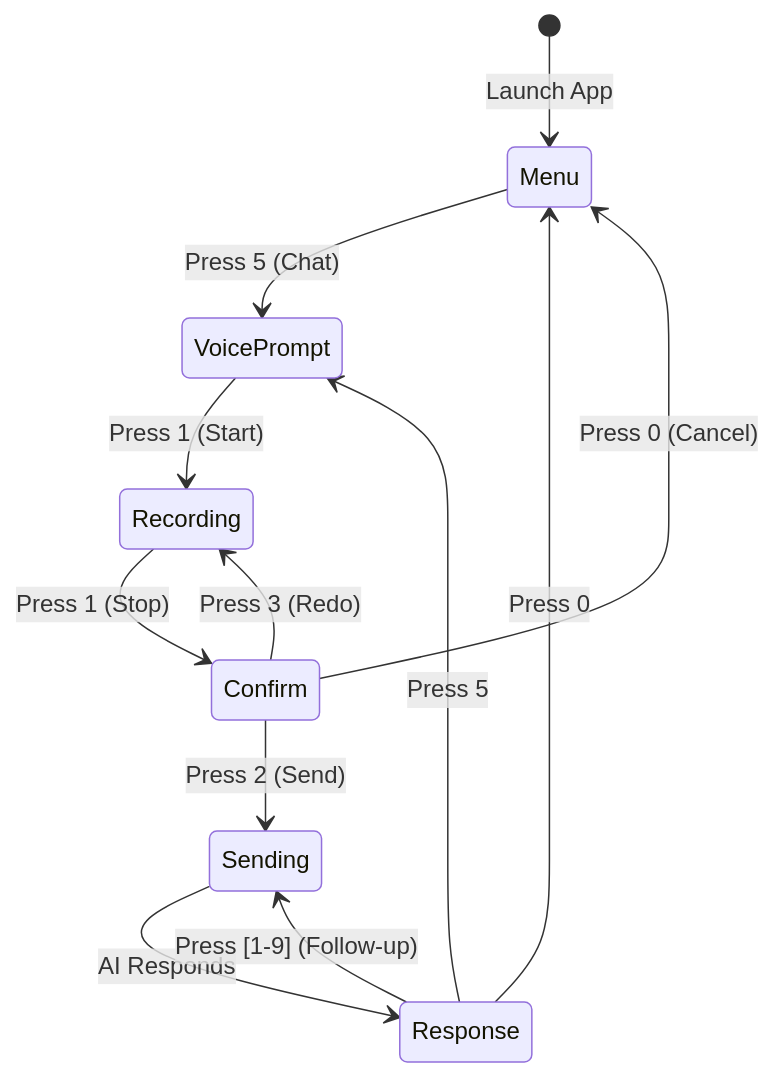
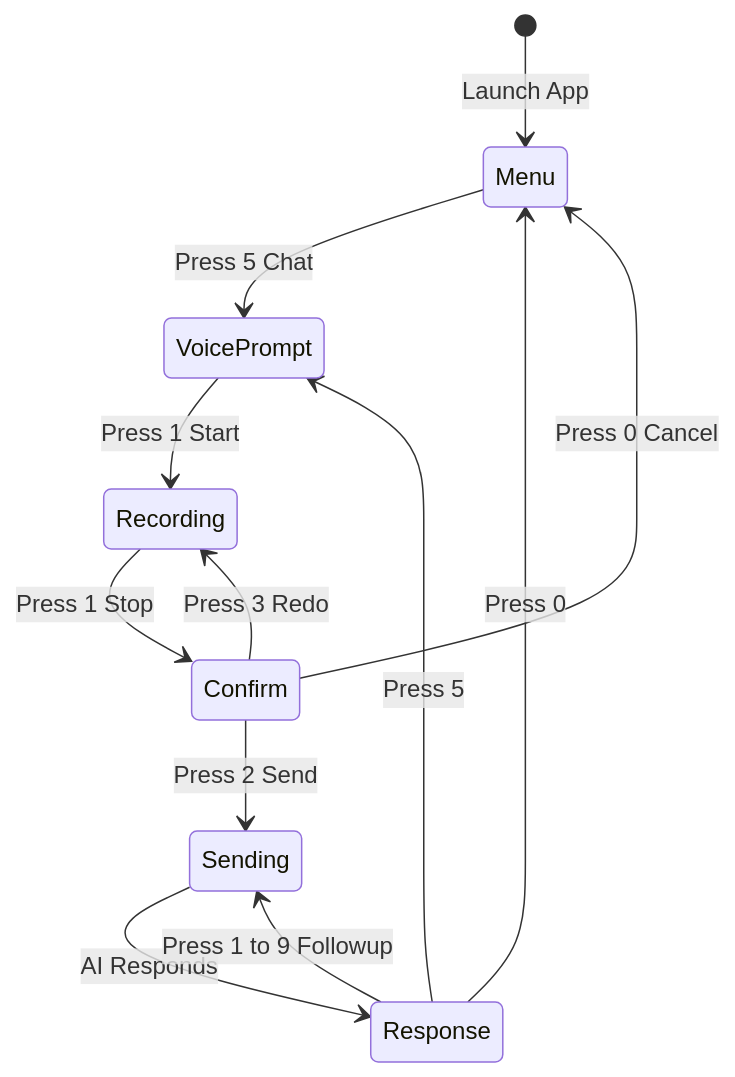
Before and after one commit to mordechaipotash/qinbot: the first of 5 diagrams in README.md, drawn with Mermaid. The commit also changed other lines of this file, not shown here.

First line of the commit message:
fix: Mermaid diagram syntax for GitHub rendering

````diff
--- a/README.md
+++ b/README.md
@@ -87,14 +87,14 @@
 ```mermaid
 stateDiagram-v2
     [*] --> Menu: Launch App
-    Menu --> VoicePrompt: Press 5 (Chat)
-    VoicePrompt --> Recording: Press 1 (Start)
-    Recording --> Confirm: Press 1 (Stop)
-    Confirm --> Sending: Press 2 (Send)
-    Confirm --> Recording: Press 3 (Redo)
-    Confirm --> Menu: Press 0 (Cancel)
+    Menu --> VoicePrompt: Press 5 Chat
+    VoicePrompt --> Recording: Press 1 Start
+    Recording --> Confirm: Press 1 Stop
+    Confirm --> Sending: Press 2 Send
+    Confirm --> Recording: Press 3 Redo
+    Confirm --> Menu: Press 0 Cancel
     Sending --> Response: AI Responds
     Response --> Menu: Press 0
     Response --> VoicePrompt: Press 5
-    Response --> Sending: Press [1-9] (Follow-up)
+    Response --> Sending: Press 1 to 9 Followup
 ```
````
